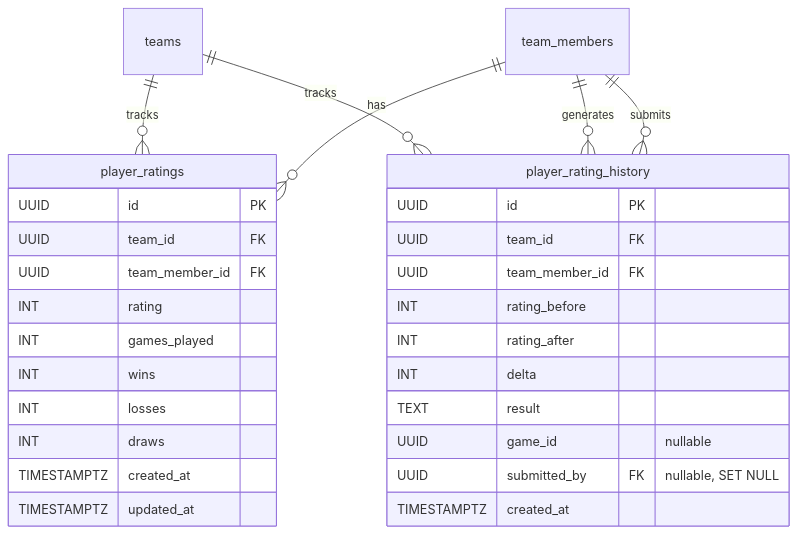
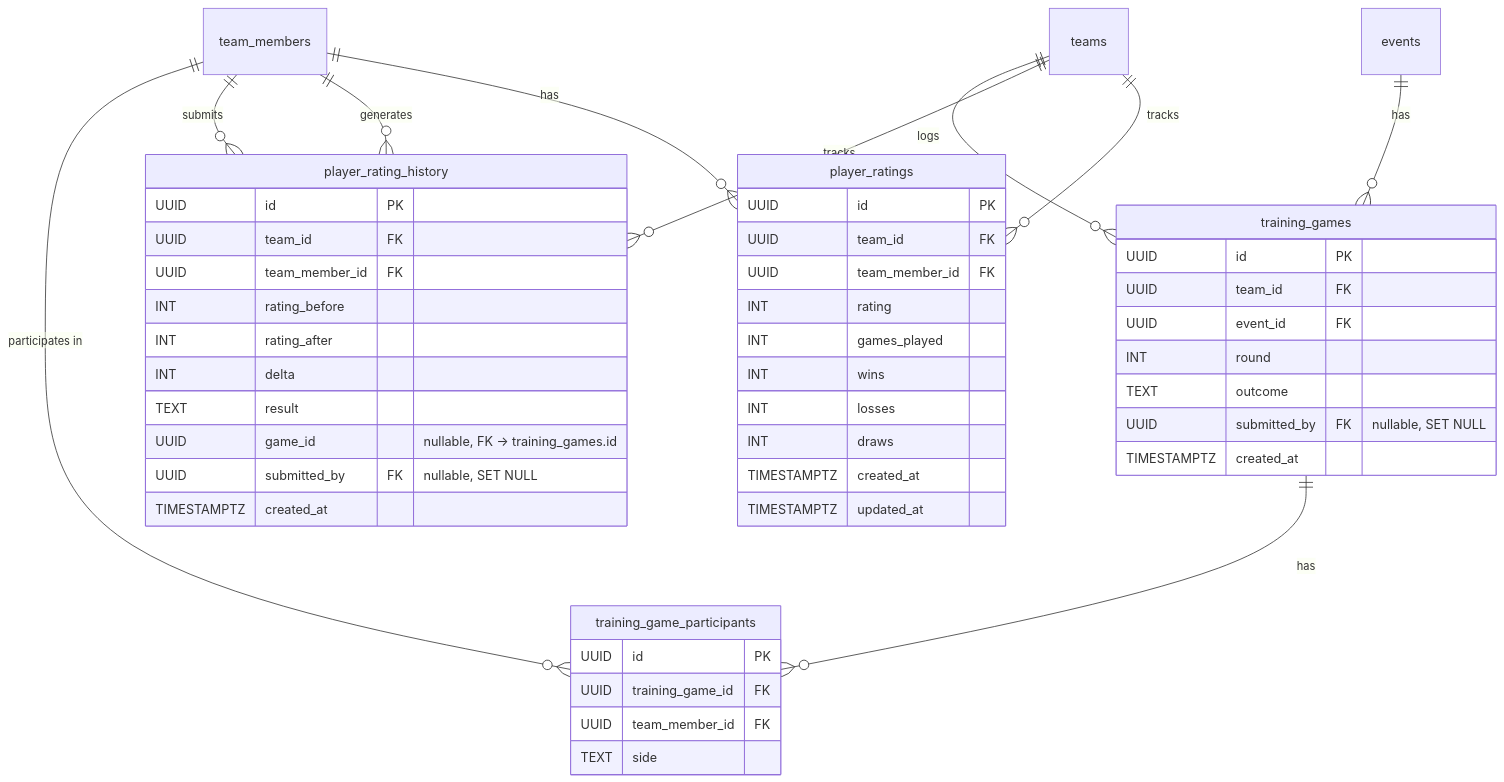
Diagram 20 of 20 in docs/thesis/er-diagram.md (maxa-ondrej/sideline), drawn with Mermaid before and after one commit. The commit also changed other lines of this file and 40 other files, not shown here.

First line of the commit message:
feat(training): log training game results with Elo and attendance (#415)

````diff
--- a/docs/thesis/er-diagram.md
+++ b/docs/thesis/er-diagram.md
@@ -1234,34 +1241,56 @@
 ```mermaid
 erDiagram
     player_ratings {
         UUID id PK
         UUID team_id FK
         UUID team_member_id FK
         INT rating
         INT games_played
         INT wins
         INT losses
         INT draws
         TIMESTAMPTZ created_at
         TIMESTAMPTZ updated_at
     }
 
     player_rating_history {
         UUID id PK
         UUID team_id FK
         UUID team_member_id FK
         INT rating_before
         INT rating_after
         INT delta
         TEXT result
-        UUID game_id "nullable"
+        UUID game_id "nullable, FK → training_games.id"
         UUID submitted_by FK "nullable, SET NULL"
         TIMESTAMPTZ created_at
+    }
+
+    training_games {
+        UUID id PK
+        UUID team_id FK
+        UUID event_id FK
+        INT round
+        TEXT outcome
+        UUID submitted_by FK "nullable, SET NULL"
+        TIMESTAMPTZ created_at
+    }
+
+    training_game_participants {
+        UUID id PK
+        UUID training_game_id FK
+        UUID team_member_id FK
+        TEXT side
     }
 
     teams ||--o{ player_ratings : "tracks"
     teams ||--o{ player_rating_history : "tracks"
     team_members ||--o{ player_ratings : "has"
     team_members ||--o{ player_rating_history : "generates"
     team_members ||--o{ player_rating_history : "submits"
+
+    teams ||--o{ training_games : "logs"
+    events ||--o{ training_games : "has"
+    training_games ||--o{ training_game_participants : "has"
+    team_members ||--o{ training_game_participants : "participates in"
 ```
````
